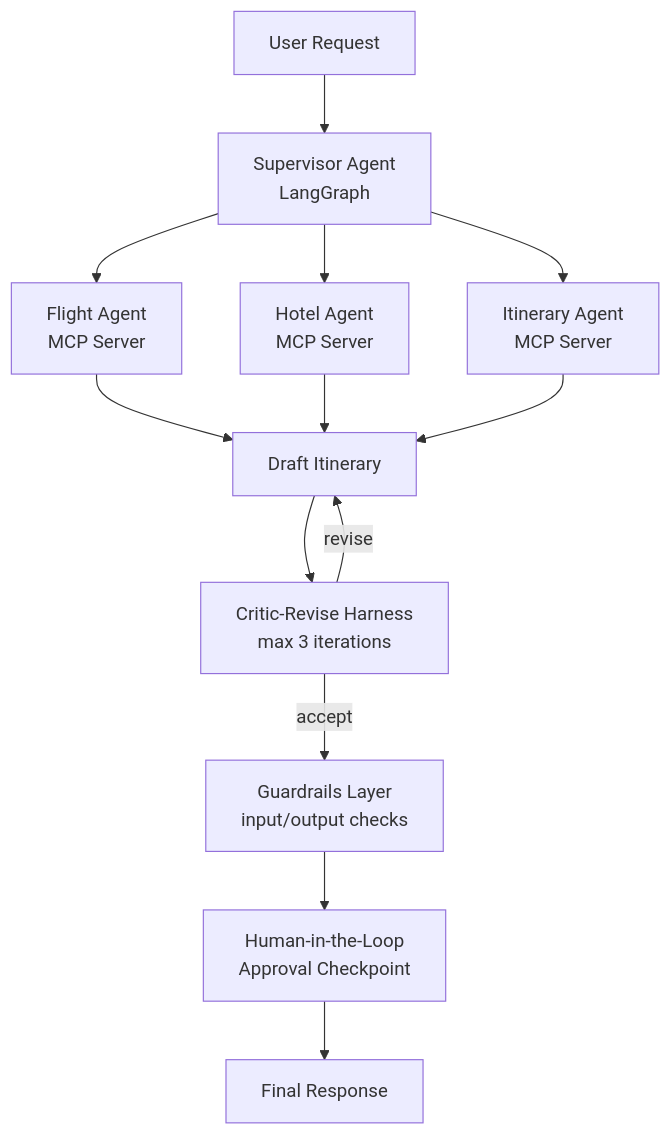
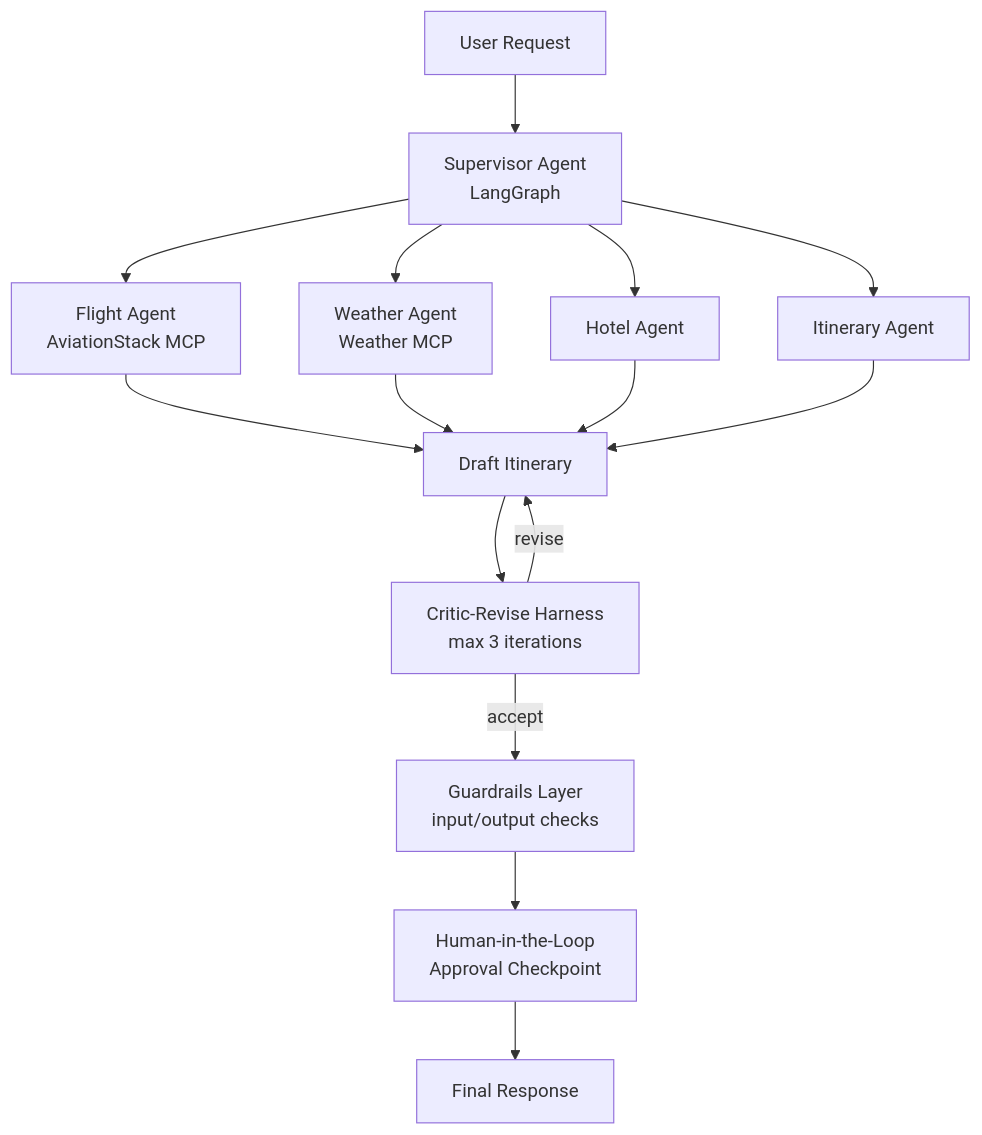
Before and after one commit to rj1230/TripPlot-AI: the diagram in README.md, drawn with Mermaid. The commit also changed other lines of this file, not shown here.

First line of the commit message:
Enhance README with project details and agent updates

````diff
--- a/README.md
+++ b/README.md
@@ -22,15 +24,17 @@
 ```mermaid
 flowchart TD
     A[User Request] --> B[Supervisor Agent<br/>LangGraph]
-    B --> C[Flight Agent<br/>MCP Server]
-    B --> D[Hotel Agent<br/>MCP Server]
-    B --> E[Itinerary Agent<br/>MCP Server]
+    B --> C[Flight Agent<br/>AviationStack MCP]
+    B --> W[Weather Agent<br/>Weather MCP]
+    B --> D[Hotel Agent]
+    B --> E[Itinerary Agent]
     C --> F[Draft Itinerary]
+    W --> F
     D --> F
     E --> F
     F --> R[Critic-Revise Harness<br/>max 3 iterations]
     R -->|revise| F
     R -->|accept| G[Guardrails Layer<br/>input/output checks]
     G --> H[Human-in-the-Loop<br/>Approval Checkpoint]
     H --> I[Final Response]
 ```
````
